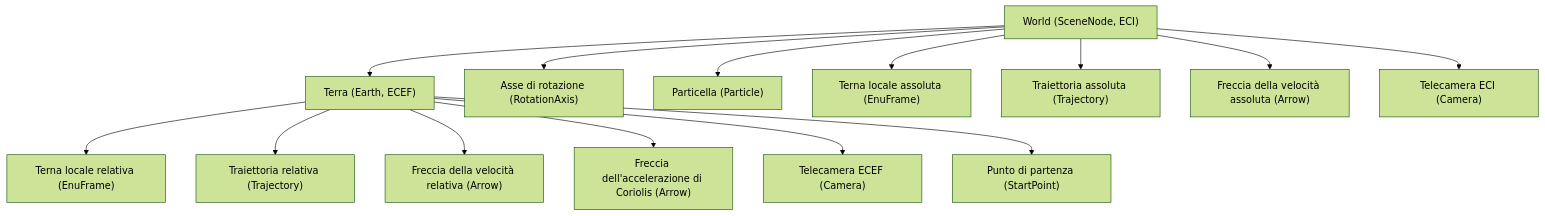
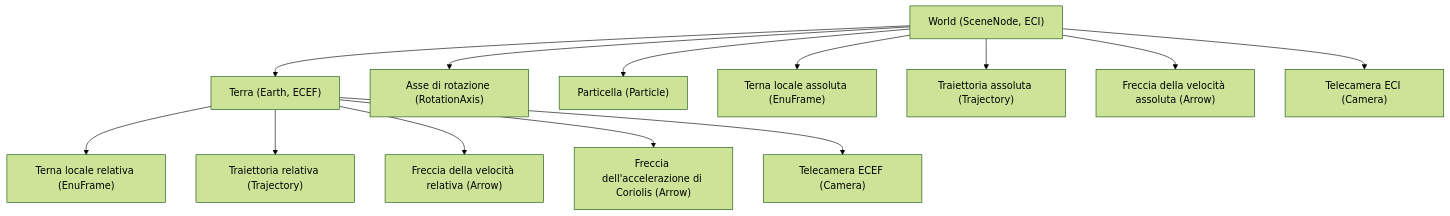
Before and after one commit to marcobongiovanni/coriolis: the second of 2 diagrams in MODEL.md, drawn with Mermaid (forest theme). The commit also changed other lines of this file and 14 other files, not shown here.

Commit message:
Start point entity has been removed.

````diff
--- a/MODEL.md
+++ b/MODEL.md
@@ -167,18 +158,17 @@
 ```mermaid
 flowchart TB
     world["World (SceneNode, ECI)"]
     earth["Terra (Earth, ECEF)"]
     world --> earth
     world --> axis["Asse di rotazione (RotationAxis)"]
     world --> particle["Particella (Particle)"]
     world --> frameAbs["Terna locale assoluta (EnuFrame)"]
     world --> trajAbs["Traiettoria assoluta (Trajectory)"]
     world --> arrowAbs["Freccia della velocità assoluta (Arrow)"]
     world --> camEci["Telecamera ECI (Camera)"]
     earth --> frameRel["Terna locale relativa (EnuFrame)"]
     earth --> trajRel["Traiettoria relativa (Trajectory)"]
     earth --> arrowRel["Freccia della velocità relativa (Arrow)"]
     earth --> arrowCor["Freccia dell'accelerazione di Coriolis (Arrow)"]
     earth --> camEcef["Telecamera ECEF (Camera)"]
-    earth --> start["Punto di partenza (StartPoint)"]
 ```
````
